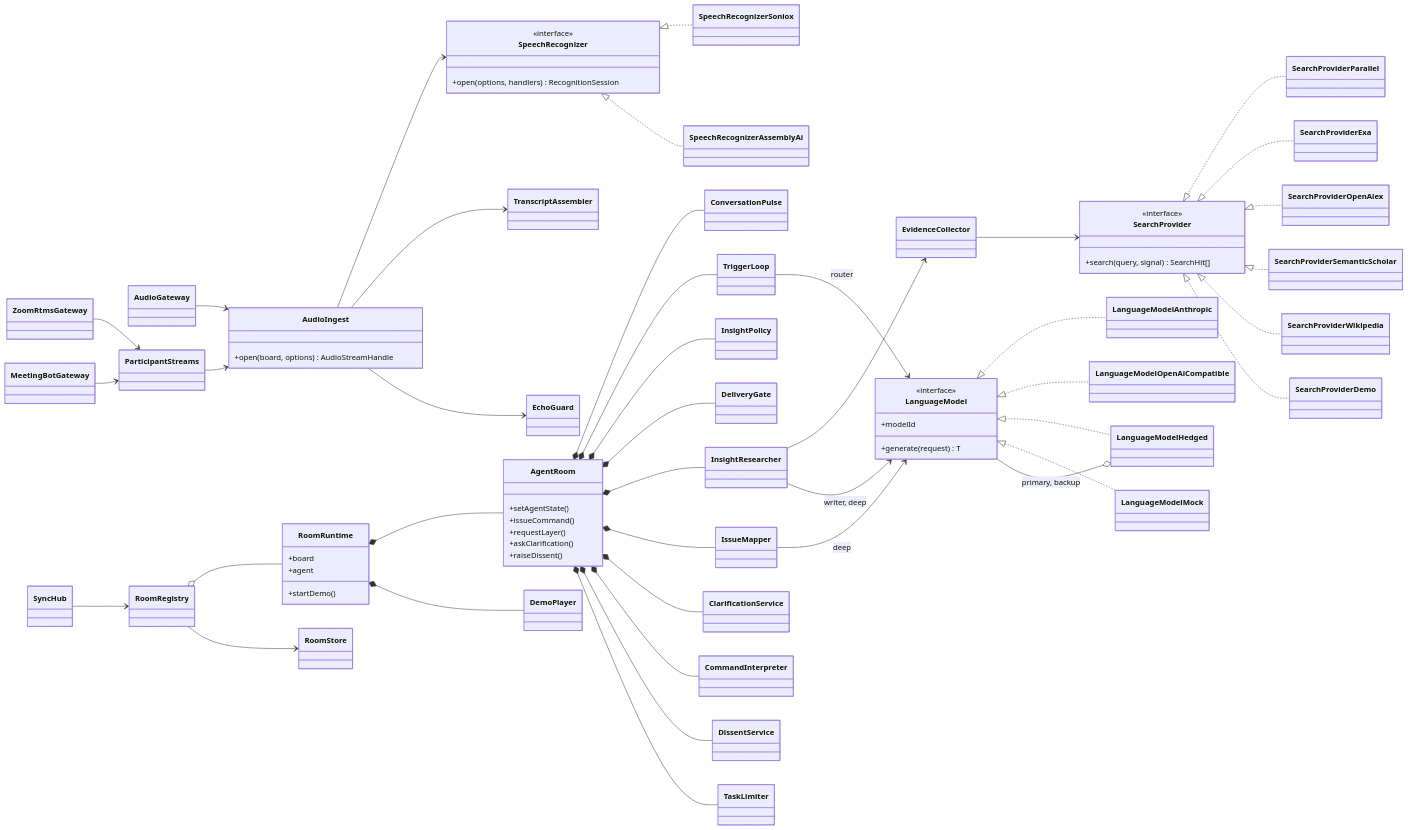
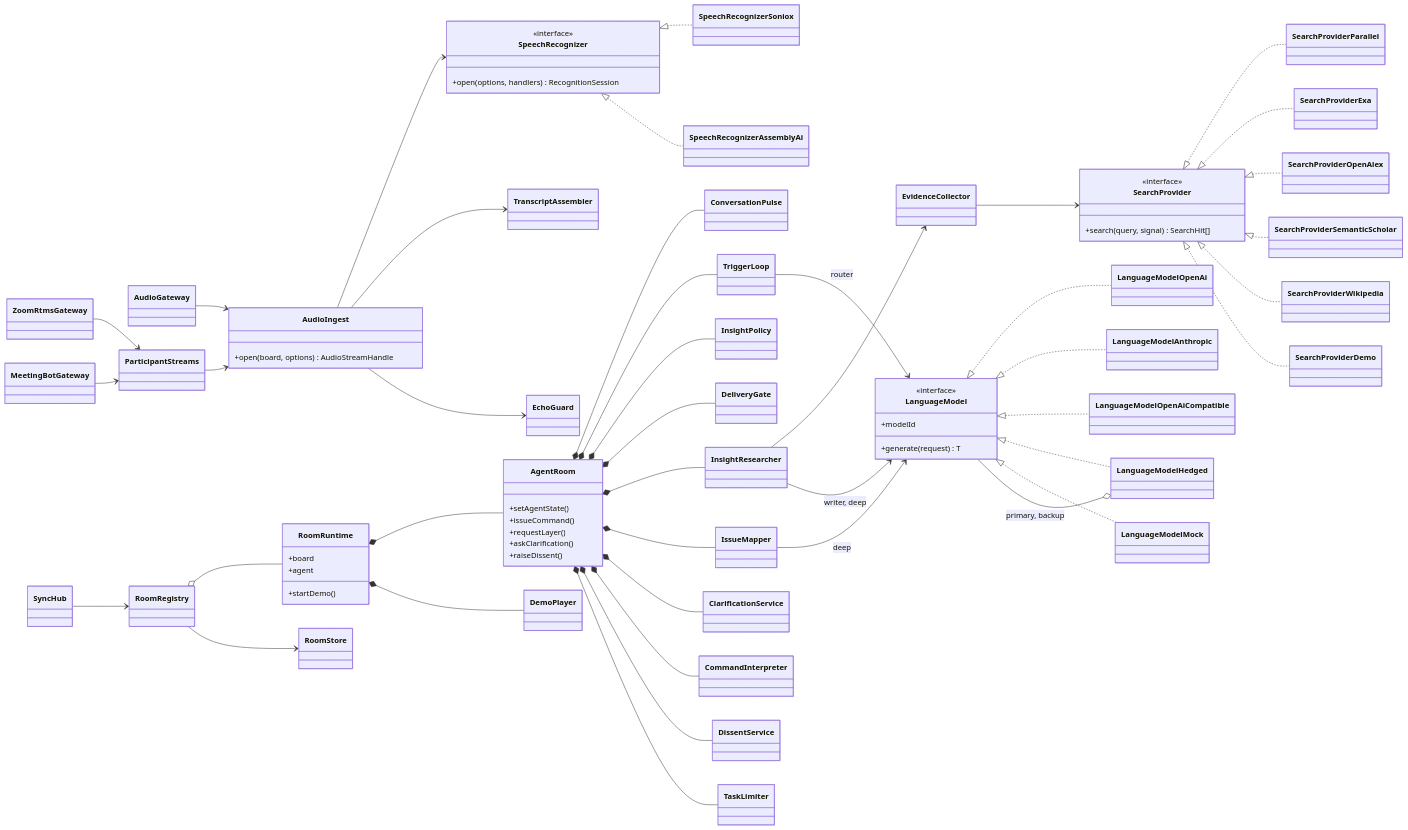
One commit to konbraphat51/EkklesiazousAI changed the second of 6 diagrams in Docs/Architecture.ja.md. Above: the diagram before and after it, drawn with Mermaid. The commit also changed other lines of this file and 6 other files, not shown here.

Commit message:
docs: document OpenAI as the default language model provider

````diff
--- a/Docs/Architecture.ja.md
+++ b/Docs/Architecture.ja.md
@@ -73,77 +73,78 @@
 ```mermaid
 classDiagram
   direction LR
   class LanguageModel {
     <<interface>>
     +modelId
     +generate(request) T
   }
+  LanguageModel <|.. LanguageModelOpenAi
   LanguageModel <|.. LanguageModelAnthropic
   LanguageModel <|.. LanguageModelOpenAiCompatible
   LanguageModel <|.. LanguageModelHedged
   LanguageModel <|.. LanguageModelMock
   LanguageModelHedged o-- LanguageModel : primary, backup
 
   class SpeechRecognizer {
     <<interface>>
     +open(options, handlers) RecognitionSession
   }
   SpeechRecognizer <|.. SpeechRecognizerSoniox
   SpeechRecognizer <|.. SpeechRecognizerAssemblyAi
 
   class SearchProvider {
     <<interface>>
     +search(query, signal) SearchHit[]
   }
   SearchProvider <|.. SearchProviderParallel
   SearchProvider <|.. SearchProviderExa
   SearchProvider <|.. SearchProviderOpenAlex
   SearchProvider <|.. SearchProviderSemanticScholar
   SearchProvider <|.. SearchProviderWikipedia
   SearchProvider <|.. SearchProviderDemo
 
   class AgentRoom {
     +setAgentState()
     +issueCommand()
     +requestLayer()
     +askClarification()
     +raiseDissent()
   }
   AgentRoom *-- ConversationPulse
   AgentRoom *-- TriggerLoop
   AgentRoom *-- InsightPolicy
   AgentRoom *-- DeliveryGate
   AgentRoom *-- InsightResearcher
   AgentRoom *-- IssueMapper
   AgentRoom *-- ClarificationService
   AgentRoom *-- CommandInterpreter
   AgentRoom *-- DissentService
   AgentRoom *-- TaskLimiter
   InsightResearcher --> EvidenceCollector
   EvidenceCollector --> SearchProvider
   TriggerLoop --> LanguageModel : router
   InsightResearcher --> LanguageModel : writer, deep
   IssueMapper --> LanguageModel : deep
 
   class AudioIngest {
     +open(board, options) AudioStreamHandle
   }
   AudioIngest --> SpeechRecognizer
   AudioIngest --> TranscriptAssembler
   AudioIngest --> EchoGuard
   AudioGateway --> AudioIngest
   ZoomRtmsGateway --> ParticipantStreams
   MeetingBotGateway --> ParticipantStreams
   ParticipantStreams --> AudioIngest
 
   class RoomRuntime {
     +board
     +agent
     +startDemo()
   }
   RoomRuntime *-- AgentRoom
   RoomRuntime *-- DemoPlayer
   RoomRegistry o-- RoomRuntime
   RoomRegistry --> RoomStore
   SyncHub --> RoomRegistry
 ```
````
